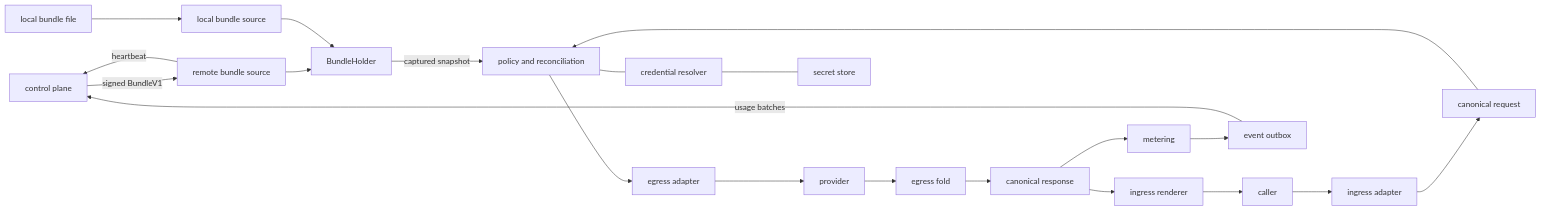
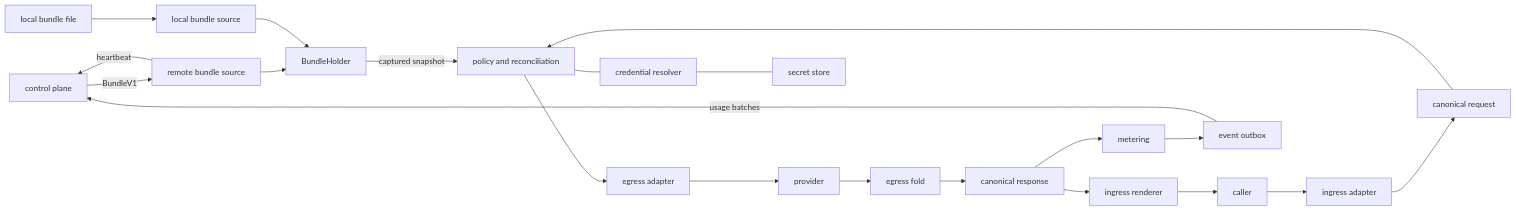
The diagram in notes/design/DATAPLANE.md (michel-tricot/airmux), drawn with Mermaid before and after one commit. The commit also changed other lines of this file and 84 other files, not shown here.

````diff
--- a/notes/design/DATAPLANE.md
+++ b/notes/design/DATAPLANE.md
@@ -37,17 +37,17 @@
 ```mermaid
 flowchart LR
-    control_plane[control plane] -->|signed BundleV1| remote_source[remote bundle source]
+    control_plane[control plane] -->|BundleV1| remote_source[remote bundle source]
     local_file[local bundle file] --> local_source[local bundle source]
     remote_source --> holder[BundleHolder]
     local_source --> holder
     remote_source -->|heartbeat| control_plane
 
     caller --> ingress[ingress adapter] --> canonical_request[canonical request]
     canonical_request --> policy[policy and reconciliation] --> egress[egress adapter] --> provider
     holder -->|captured snapshot| policy
     policy --- resolver[credential resolver]
     resolver --- secret_store[secret store]
     provider --> fold[egress fold] --> canonical_response[canonical response]
     canonical_response --> renderer[ingress renderer] --> caller
     canonical_response --> metering --> outbox[event outbox] -->|usage batches| control_plane
 ```
````
